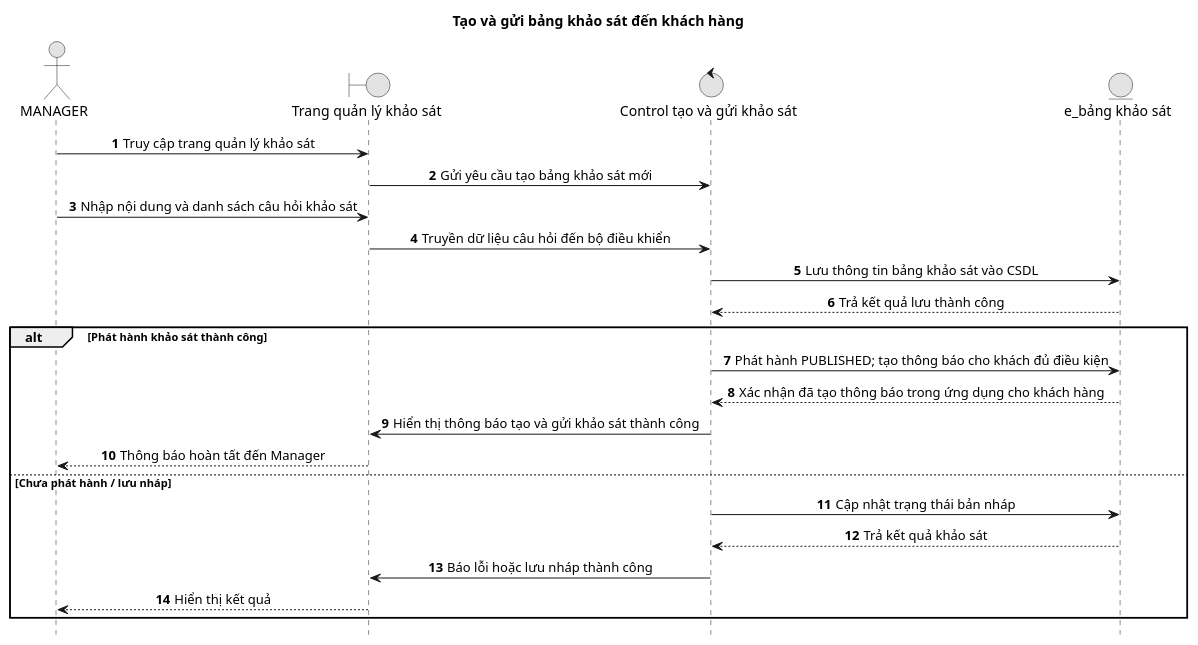
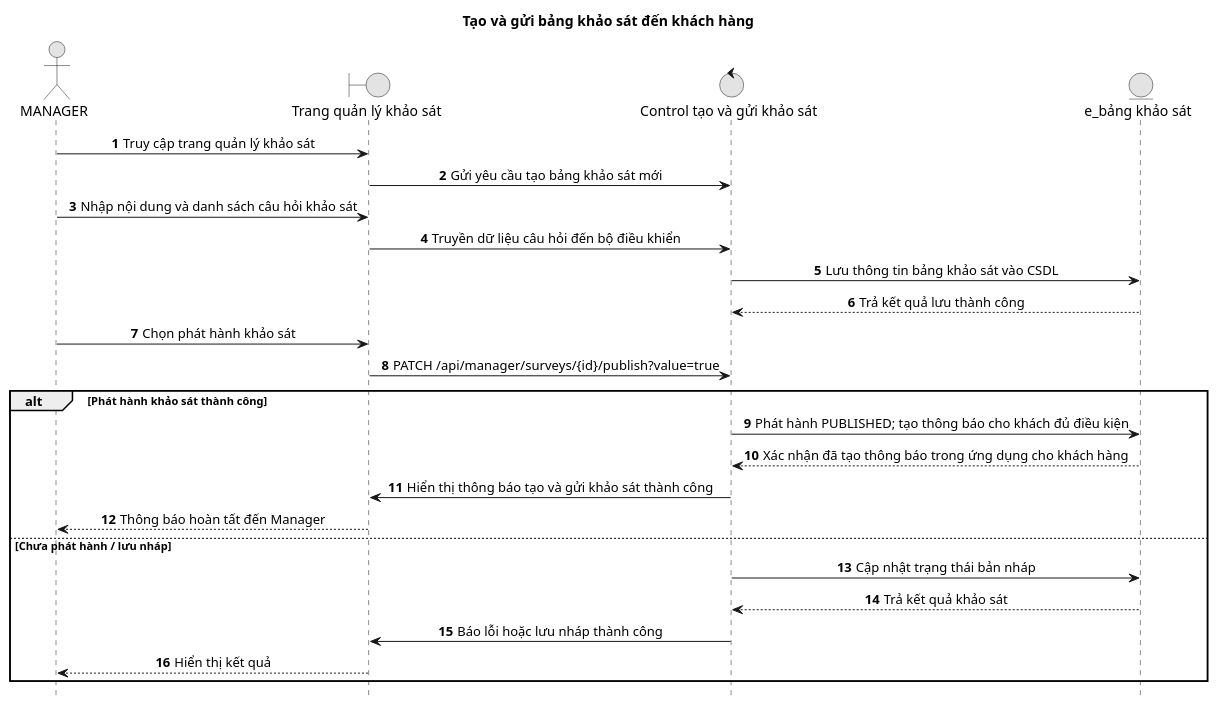
The diagram in docs/diagrams/sequence-new/admin/07-survey-create-send.puml (duygri/do-an-htttdn-crm), drawn with PlantUML before and after one commit. The commit also changed 20 other files, not shown here.

Commit message:
docs: correct CRM workflow diagrams and clarify PayOS auto-cancellation behavior

```diff
--- a/docs/diagrams/sequence-new/admin/07-survey-create-send.puml
+++ b/docs/diagrams/sequence-new/admin/07-survey-create-send.puml
@@ -1,32 +1,35 @@
 @startuml
 title Tạo và gửi bảng khảo sát đến khách hàng
 
 autonumber
 hide footbox
 skinparam monochrome true
 skinparam sequenceMessageAlign center
 skinparam responseMessageBelowArrow true
 actor MANAGER as Manager
 boundary "Trang quản lý khảo sát" as Boundary
 control "Control tạo và gửi khảo sát" as Control
 entity "e_bảng khảo sát" as Entity
 
 Manager -> Boundary: Truy cập trang quản lý khảo sát
 Boundary -> Control: Gửi yêu cầu tạo bảng khảo sát mới
 Manager -> Boundary: Nhập nội dung và danh sách câu hỏi khảo sát
 Boundary -> Control: Truyền dữ liệu câu hỏi đến bộ điều khiển
 Control -> Entity: Lưu thông tin bảng khảo sát vào CSDL
 Entity --> Control: Trả kết quả lưu thành công
 
+Manager -> Boundary: Chọn phát hành khảo sát
+Boundary -> Control: PATCH /api/manager/surveys/{id}/publish?value=true
+
 alt Phát hành khảo sát thành công
   Control -> Entity: Phát hành PUBLISHED; tạo thông báo cho khách đủ điều kiện
   Entity --> Control: Xác nhận đã tạo thông báo trong ứng dụng cho khách hàng
   Control -> Boundary: Hiển thị thông báo tạo và gửi khảo sát thành công
   Boundary --> Manager: Thông báo hoàn tất đến Manager
 else Chưa phát hành / lưu nháp
   Control -> Entity: Cập nhật trạng thái bản nháp
   Entity --> Control: Trả kết quả khảo sát
   Control -> Boundary: Báo lỗi hoặc lưu nháp thành công
   Boundary --> Manager: Hiển thị kết quả
 end
 @enduml
```
